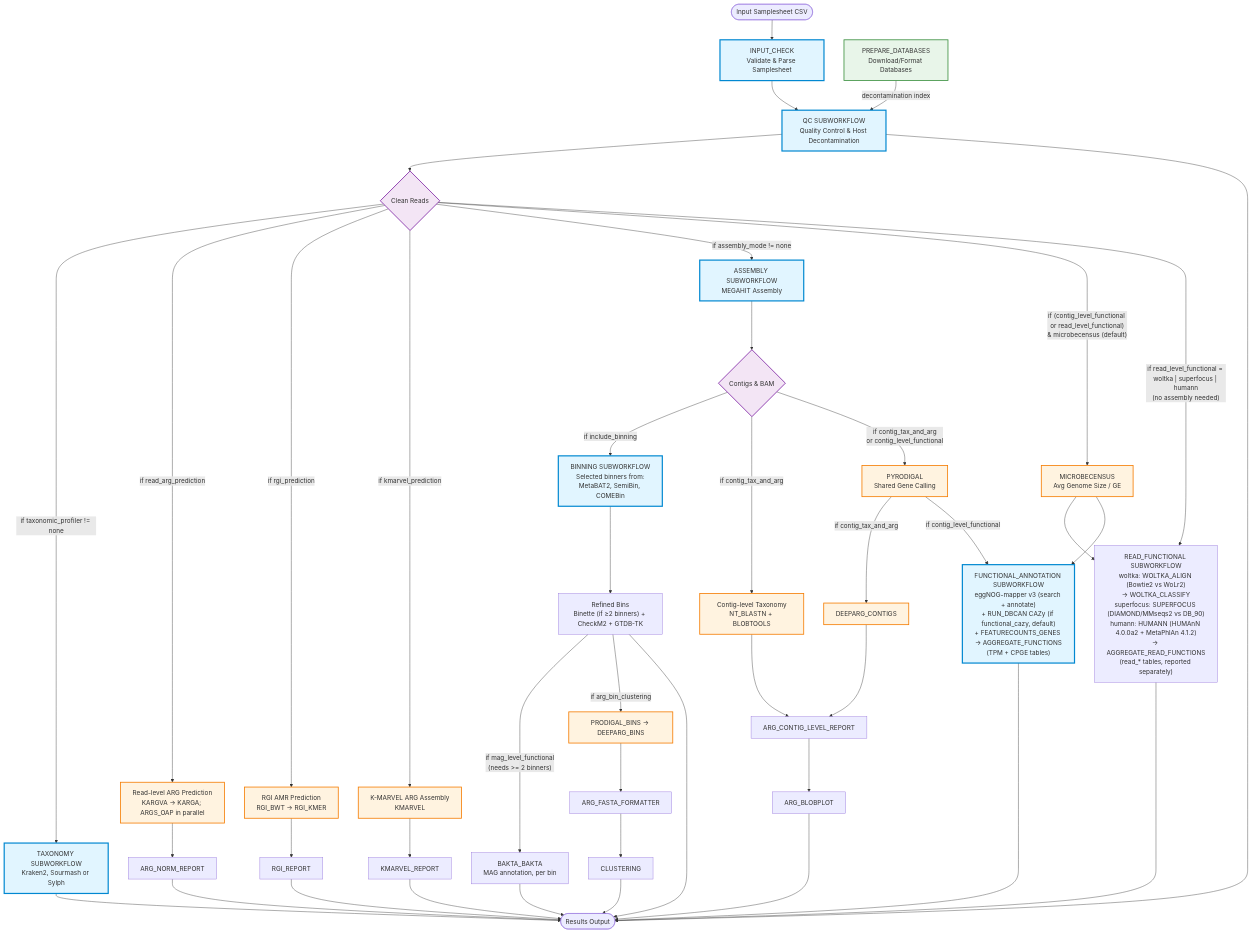
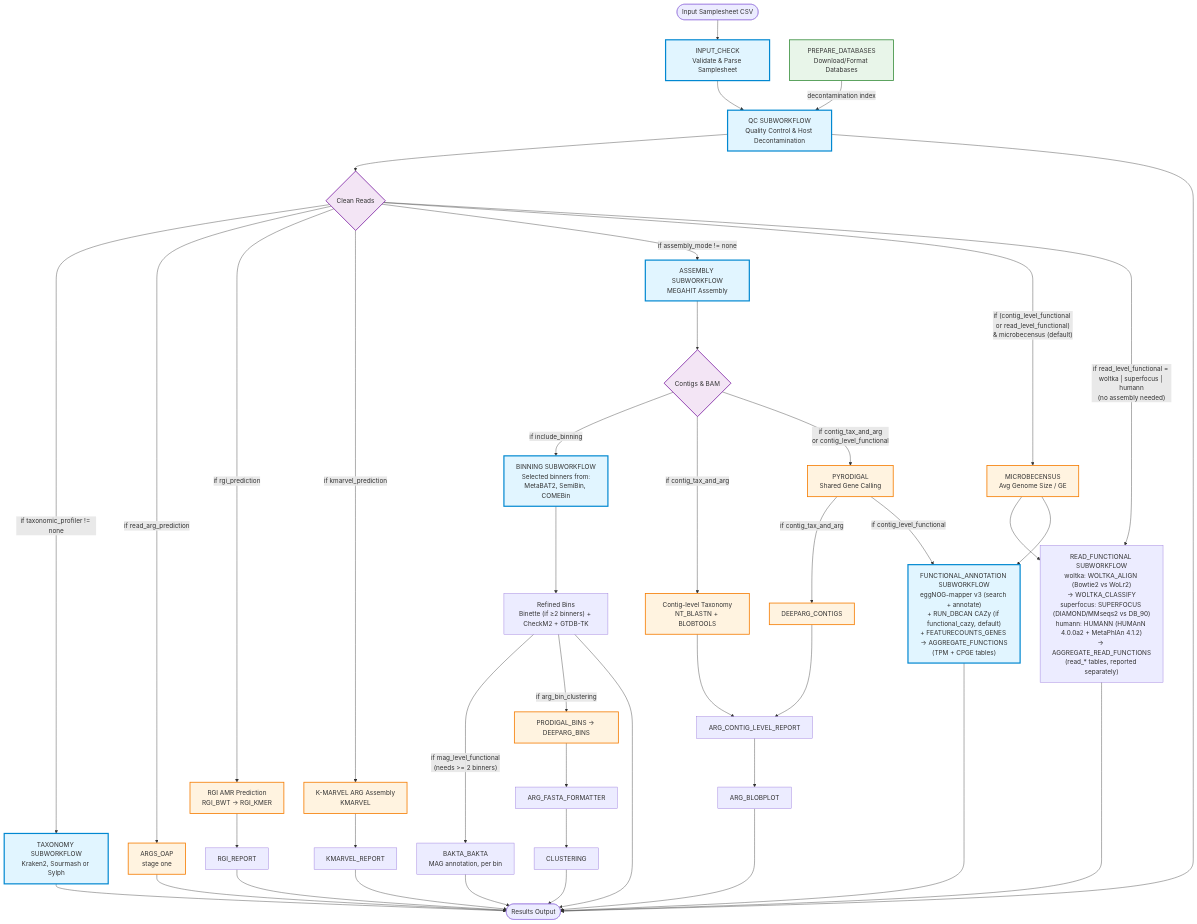
Before and after one commit to gene2dis/BugBuster: the first of 8 diagrams in docs/WORKFLOW_DIAGRAM.md, drawn with Mermaid. The commit also changed other lines of this file and 38 other files, not shown here.

First line of the commit message:
refactor!: remove KARGA and KARGVA (roadmap L3)

````diff
--- a/docs/WORKFLOW_DIAGRAM.md
+++ b/docs/WORKFLOW_DIAGRAM.md
@@ -10,79 +10,78 @@
 ```mermaid
 flowchart TD
     Start([Input Samplesheet CSV]) --> InputCheck[INPUT_CHECK<br/>Validate & Parse Samplesheet]
     
     PrepDB[PREPARE_DATABASES<br/>Download/Format Databases] -->|decontamination index| QC
     InputCheck --> QC
     
     %% Quality Control Branch
     QC[QC SUBWORKFLOW<br/>Quality Control & Host Decontamination] --> CleanReads{Clean Reads}
     
     %% Taxonomy Branch
     CleanReads -->|if taxonomic_profiler != none| Taxonomy[TAXONOMY SUBWORKFLOW<br/>Kraken2, Sourmash or Sylph]
     
     %% Read-level ARG Branch
-    CleanReads -->|if read_arg_prediction| ReadARG[Read-level ARG Prediction<br/>KARGVA → KARGA; ARGS_OAP in parallel]
-    ReadARG --> ARGNorm[ARG_NORM_REPORT]
+    CleanReads -->|if read_arg_prediction| ReadARG[ARGS_OAP<br/>stage one]
 
     %% RGI Branch
     CleanReads -->|if rgi_prediction| RGI[RGI AMR Prediction<br/>RGI_BWT → RGI_KMER]
     RGI --> RGIReport[RGI_REPORT]
 
     %% K-MARVEL Branch
     CleanReads -->|if kmarvel_prediction| KMARVEL[K-MARVEL ARG Assembly<br/>KMARVEL]
     KMARVEL --> KMARVELReport[KMARVEL_REPORT]
     
     %% Assembly Branch
     CleanReads -->|if assembly_mode != none| Assembly[ASSEMBLY SUBWORKFLOW<br/>MEGAHIT Assembly]
     
     Assembly --> Contigs{Contigs & BAM}
     
     %% Binning Branch
     Contigs -->|if include_binning| Binning[BINNING SUBWORKFLOW<br/>Selected binners from:<br/>MetaBAT2, SemiBin, COMEBin]
     Binning --> RefinedBins["Refined Bins<br/>Binette (if ≥2 binners) + CheckM2 + GTDB-TK"]
     
     %% Contig-level Analysis Branch
     Contigs -->|if contig_tax_and_arg| ContigTax[Contig-level Taxonomy<br/>NT_BLASTN + BLOBTOOLS]
     Contigs -->|"if contig_tax_and_arg<br/>or contig_level_functional"| Pyrodigal[PYRODIGAL<br/>Shared Gene Calling]
     Pyrodigal -->|if contig_tax_and_arg| ContigARG[DEEPARG_CONTIGS]
     ContigTax --> ARGContigReport
     ContigARG --> ARGContigReport[ARG_CONTIG_LEVEL_REPORT]
     ARGContigReport --> ARGBlobplot[ARG_BLOBPLOT]
 
     %% Functional Annotation Branch
     CleanReads -->|"if (contig_level_functional or read_level_functional)<br/>& microbecensus (default)"| MicrobeCensus[MICROBECENSUS<br/>Avg Genome Size / GE]
     CleanReads -->|"if read_level_functional = woltka | superfocus | humann<br/>(no assembly needed)"| ReadFunctional["READ_FUNCTIONAL SUBWORKFLOW<br/>woltka: WOLTKA_ALIGN (Bowtie2 vs WoLr2)<br/>→ WOLTKA_CLASSIFY<br/>superfocus: SUPERFOCUS (DIAMOND/MMseqs2 vs DB_90)<br/>humann: HUMANN (HUMAnN 4.0.0a2 + MetaPhlAn 4.1.2)<br/>→ AGGREGATE_READ_FUNCTIONS<br/>(read_* tables, reported separately)"]
     MicrobeCensus --> ReadFunctional
     Pyrodigal -->|if contig_level_functional| Functional["FUNCTIONAL_ANNOTATION SUBWORKFLOW<br/>eggNOG-mapper v3 (search + annotate)<br/>+ RUN_DBCAN CAZy (if functional_cazy, default)<br/>+ FEATURECOUNTS_GENES → AGGREGATE_FUNCTIONS<br/>(TPM + CPGE tables)"]
     MicrobeCensus --> Functional
     RefinedBins -->|"if mag_level_functional<br/>(needs >= 2 binners)"| Bakta[BAKTA_BAKTA<br/>MAG annotation, per bin]
 
     %% Bin ARG Clustering Branch
     RefinedBins -->|if arg_bin_clustering| BinARG[PRODIGAL_BINS → DEEPARG_BINS]
     BinARG --> ARGFormat[ARG_FASTA_FORMATTER]
     ARGFormat --> Clustering[CLUSTERING]
     
     %% End
     QC --> End([Results Output])
     Taxonomy --> End
-    ARGNorm --> End
+    ReadARG --> End
     RGIReport --> End
     KMARVELReport --> End
     ARGBlobplot --> End
     Clustering --> End
     Functional --> End
     ReadFunctional --> End
     Bakta --> End
     RefinedBins --> End
 
     %% Styling
     classDef subworkflow fill:#e1f5ff,stroke:#0288d1,stroke-width:3px
     classDef module fill:#fff3e0,stroke:#f57c00,stroke-width:2px
     classDef decision fill:#f3e5f5,stroke:#7b1fa2,stroke-width:2px
     classDef database fill:#e8f5e9,stroke:#388e3c,stroke-width:2px
     
     class InputCheck,QC,Taxonomy,Assembly,Binning,Functional subworkflow
     class ReadARG,RGI,KMARVEL,ContigTax,ContigARG,BinARG,Pyrodigal,MicrobeCensus module
     class CleanReads,Contigs decision
     class PrepDB database
 ```
````
